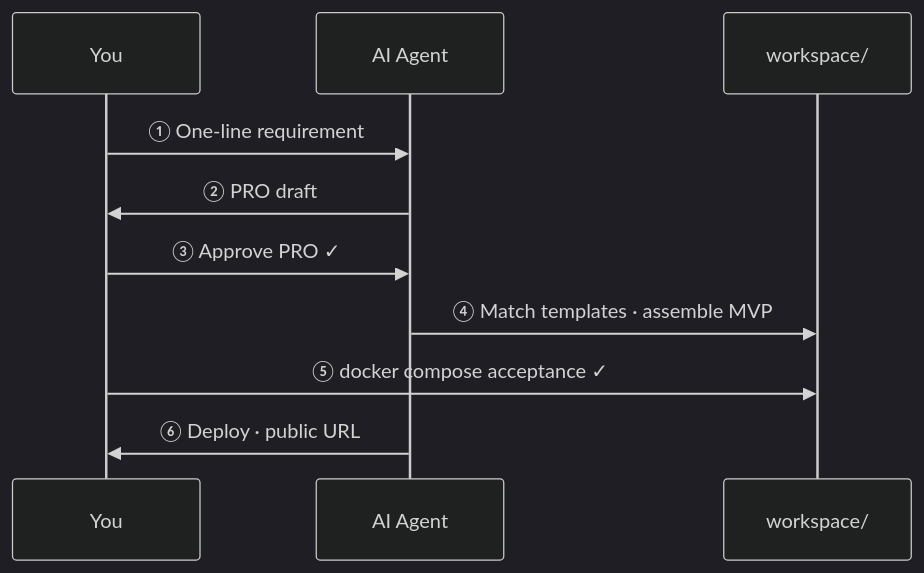
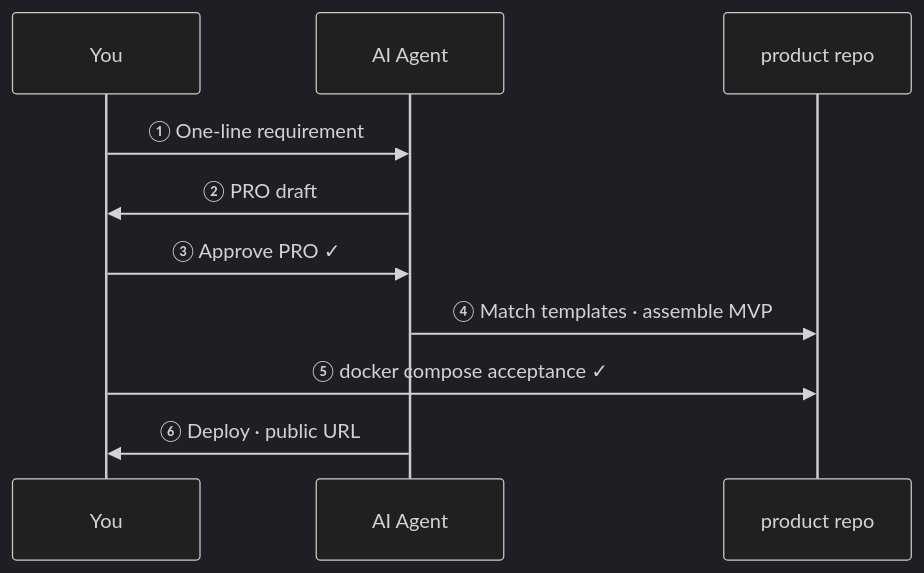
The diagram in docs/getting-started.md (LJTian/maker-flow), drawn with Mermaid (dark theme) before and after one commit. The commit also changed other lines of this file and 55 other files, not shown here.

Commit message:
Remove workspace/; assemble MVPs only in product repos.

````diff
--- a/docs/getting-started.md
+++ b/docs/getting-started.md
@@ -29,13 +29,13 @@
 ```mermaid
 sequenceDiagram
     participant U as You
     participant A as AI Agent
-    participant W as workspace/
+    participant P as product repo
 
     U->>A: ① One-line requirement
     A->>U: ② PRO draft
     U->>A: ③ Approve PRO ✓
-    A->>W: ④ Match templates · assemble MVP
-    U->>W: ⑤ docker compose acceptance ✓
+    A->>P: ④ Match templates · assemble MVP
+    U->>P: ⑤ docker compose acceptance ✓
     A->>U: ⑥ Deploy · public URL
 ```
````
